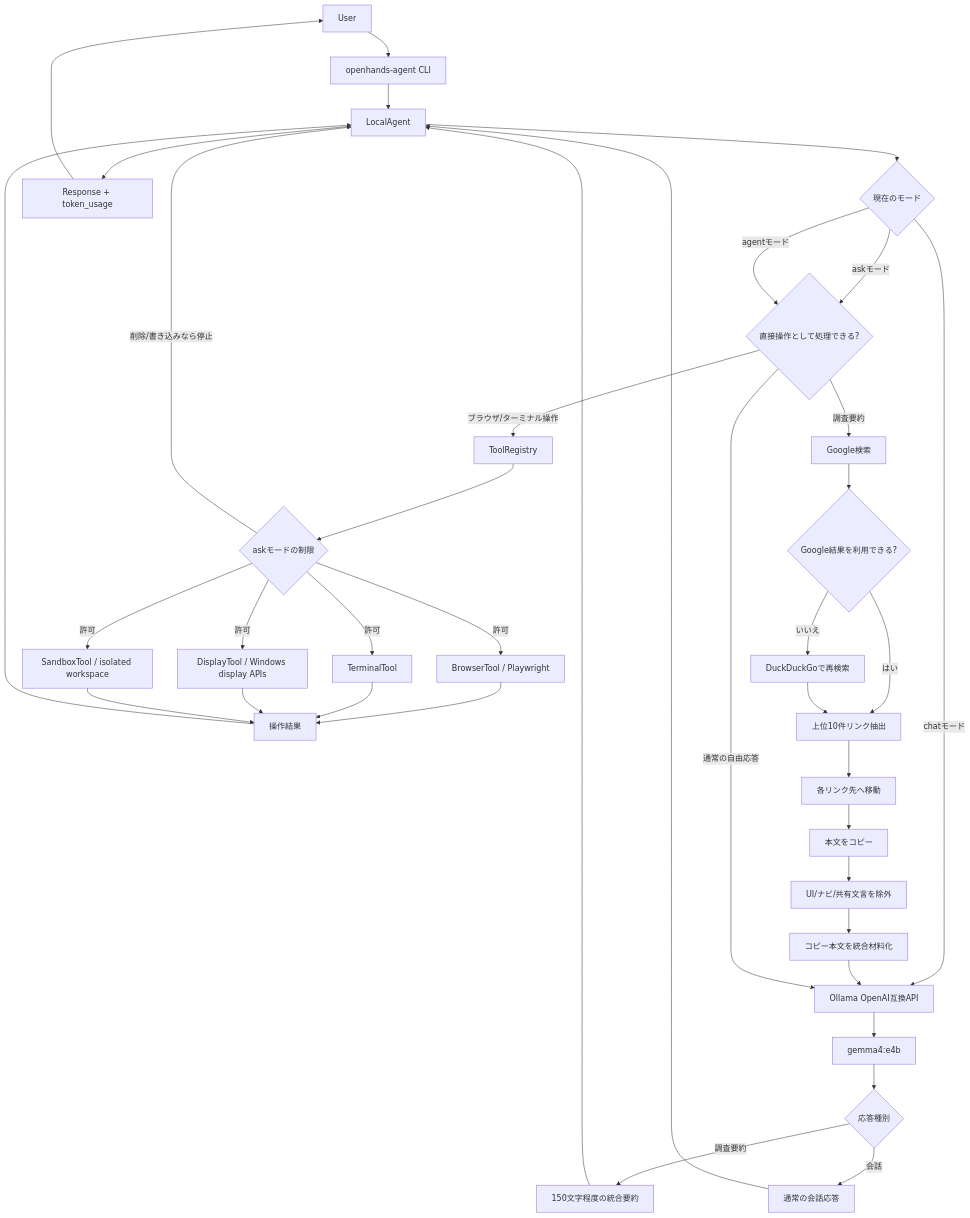
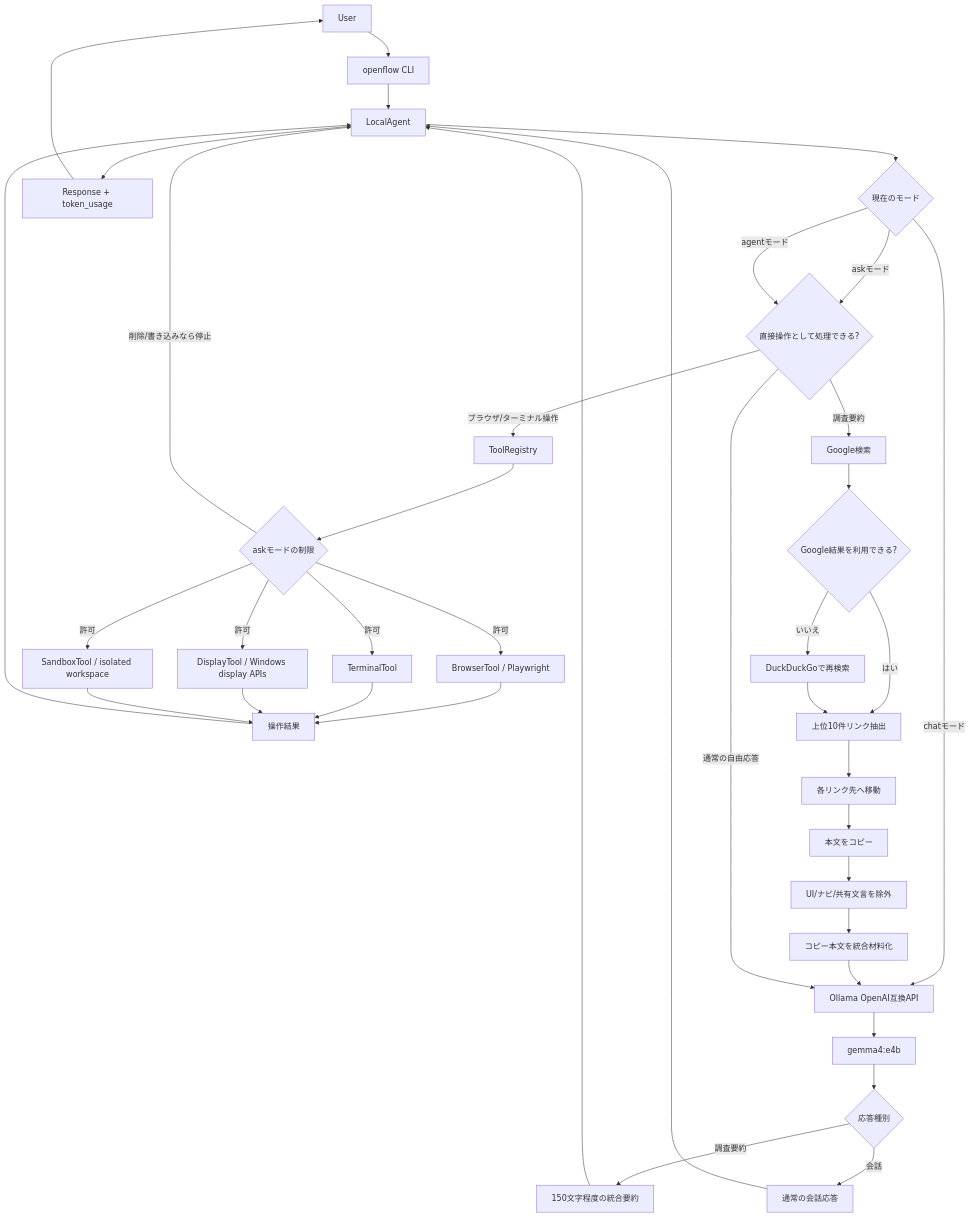
The diagram in Readme.md (kazukiminemura/OpenFlow), drawn with Mermaid before and after one commit. The commit also changed other lines of this file and 2 other files, not shown here.

Commit message:
Rename CLI command to openflow

````diff
--- a/Readme.md
+++ b/Readme.md
@@ -83,48 +83,48 @@
 ```mermaid
 flowchart TD
-    U[User] --> CLI[openhands-agent CLI]
+    U[User] --> CLI[openflow CLI]
     CLI --> A[LocalAgent]
 
     A --> MD{現在のモード}
     MD -->|chatモード| O[Ollama OpenAI互換API]
     MD -->|askモード| D{直接操作として処理できる?}
     MD -->|agentモード| D
     D -->|ブラウザ/ターミナル操作| T[ToolRegistry]
     T --> AR{askモードの制限}
     AR -->|削除/書き込みなら停止| A
     AR -->|許可| B
     AR -->|許可| S
     AR -->|許可| DT
     AR -->|許可| SB
     B[BrowserTool / Playwright]
     S[TerminalTool]
     DT[DisplayTool / Windows display APIs]
     SB[SandboxTool / isolated workspace]
     B --> R1[操作結果]
     S --> R1
     DT --> R1
     SB --> R1
     R1 --> A
 
     D -->|調査要約| G[Google検索]
     G --> GF{Google結果を利用できる?}
     GF -->|はい| L[上位10件リンク抽出]
     GF -->|いいえ| DD[DuckDuckGoで再検索]
     DD --> L
 
     L --> P[各リンク先へ移動]
     P --> C[本文をコピー]
     C --> F[UI/ナビ/共有文言を除外]
     F --> M[コピー本文を統合材料化]
     M --> O
     O --> LLM[gemma4:e4b]
     LLM --> LR{応答種別}
     LR -->|調査要約| SUM[150文字程度の統合要約]
     SUM --> A
 
     D -->|通常の自由応答| O
     LR -->|会話| CHAT[通常の会話応答]
     CHAT --> A
     A --> OUT[Response + token_usage]
     OUT --> U
 ```
````
